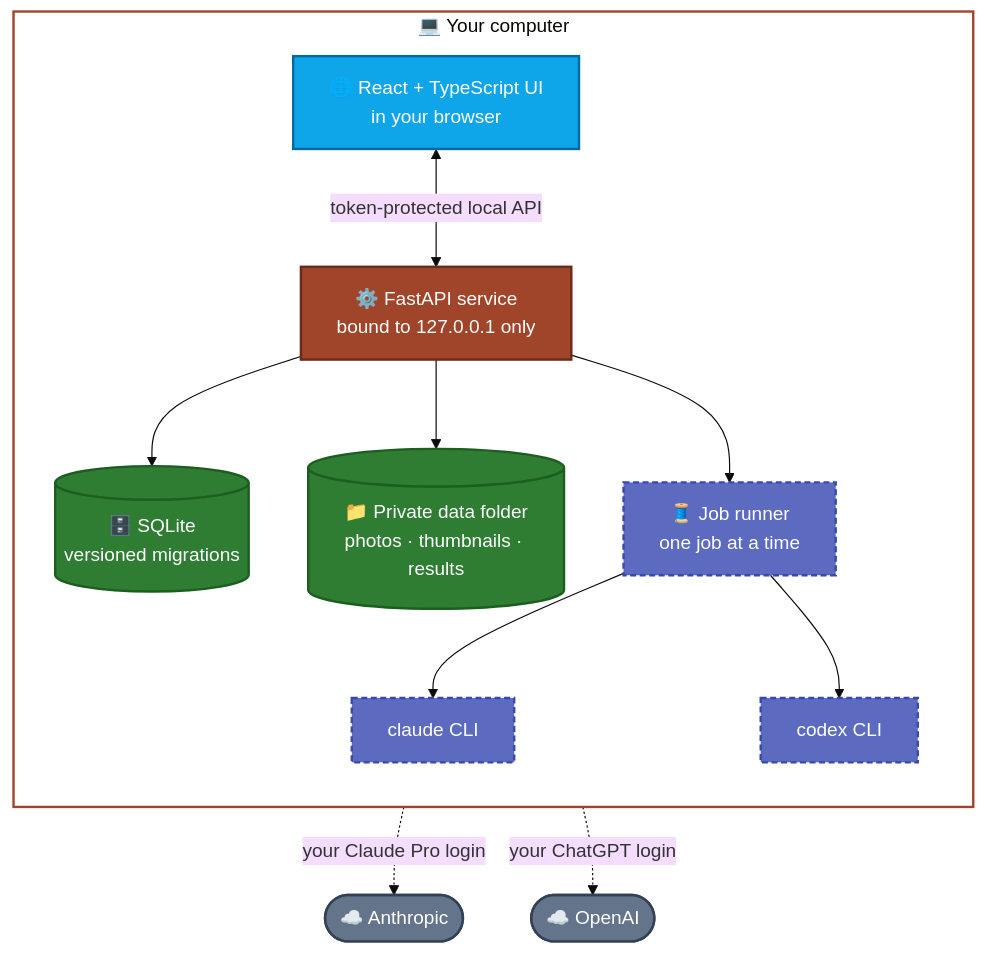
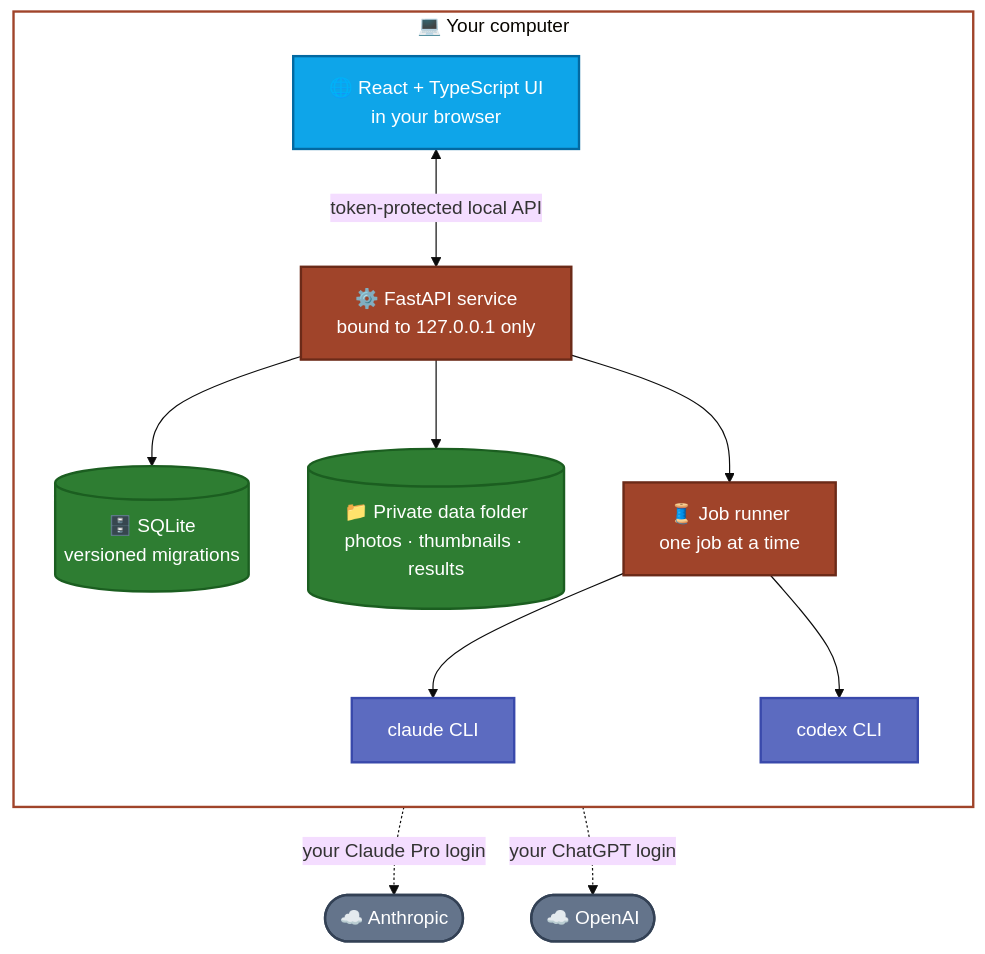
Before and after one commit to CyberSecurityChuck/Character-Studio: the second of 3 diagrams in README.md, drawn with Mermaid (base theme). The commit also changed other lines of this file and 3 other files, not shown here.

````diff
--- a/README.md
+++ b/README.md
@@ -111,28 +111,28 @@
 ```mermaid
 flowchart TB
     subgraph PC["💻 Your computer"]
         direction TB
         UI["🌐 React + TypeScript UI<br/>in your browser"]:::ui
         API["⚙️ FastAPI service<br/>bound to 127.0.0.1 only"]:::core
         DB[("🗄️ SQLite<br/>versioned migrations")]:::store
         FS[("📁 Private data folder<br/>photos · thumbnails · results")]:::store
-        Q["🧵 Job runner<br/>one job at a time"]:::planned
-        CL["claude CLI"]:::planned
-        CX["codex CLI"]:::planned
+        Q["🧵 Job runner<br/>one job at a time"]:::core
+        CL["claude CLI"]:::cli
+        CX["codex CLI"]:::cli
         UI <-->|"token-protected local API"| API
         API --> DB
         API --> FS
         API --> Q
         Q --> CL
         Q --> CX
     end
     CL -. "your Claude Pro login" .-> AN(["☁️ Anthropic"]):::cloud
     CX -. "your ChatGPT login" .-> OA(["☁️ OpenAI"]):::cloud
 
     classDef ui fill:#0EA5E9,stroke:#0369A1,color:#ffffff,stroke-width:2px
     classDef core fill:#A0442A,stroke:#6B2A18,color:#ffffff,stroke-width:2px
     classDef store fill:#2E7D32,stroke:#1B5E20,color:#ffffff,stroke-width:2px
-    classDef planned fill:#5C6BC0,stroke:#3949AB,color:#ffffff,stroke-width:2px,stroke-dasharray: 5 3
+    classDef cli fill:#5C6BC0,stroke:#3949AB,color:#ffffff,stroke-width:2px
     classDef cloud fill:#64748B,stroke:#334155,color:#ffffff,stroke-width:2px
     style PC fill:transparent,stroke:#A0442A,stroke-width:2px
 ```
````
